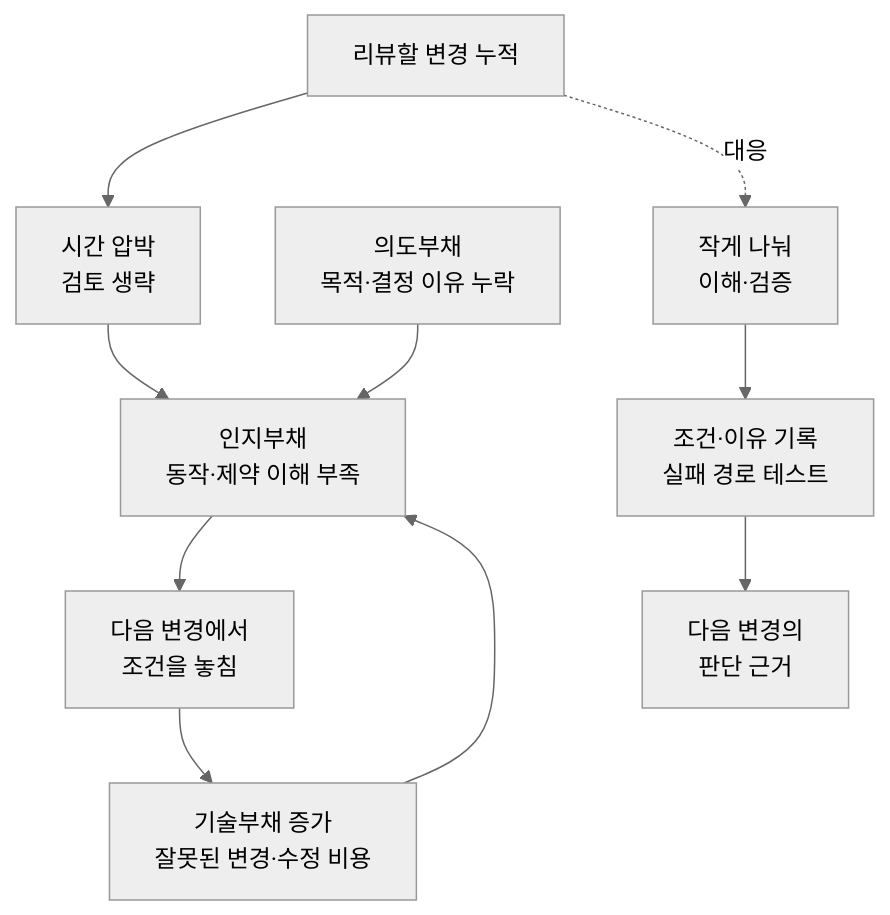
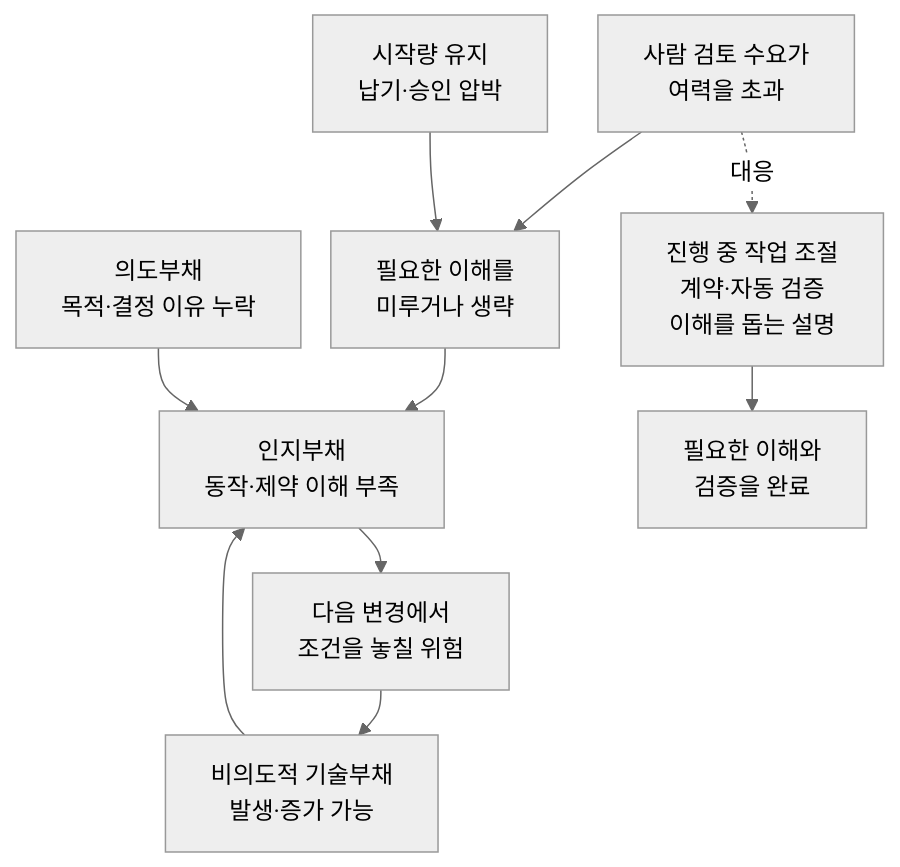
Before and after one commit to haandol/haandol.github.com: the first of 4 diagrams in _posts/2026-08-18-ai-coding-review-cognitive-load.md, drawn with Mermaid (neutral theme). The commit also changed other lines of this file and 3 other files, not shown here.

````diff
--- a/_posts/2026-08-18-ai-coding-review-cognitive-load.md
+++ b/_posts/2026-08-18-ai-coding-review-cognitive-load.md
@@ -156,12 +174,13 @@
 ```mermaid
+%%{init: {"flowchart": {"nodeSpacing": 20, "rankSpacing": 30}}}%%
 flowchart TD
-    A["리뷰할 변경 누적"] --> B["시간 압박<br/>검토 생략"]
+    A["사람 검토 수요가<br/>여력을 초과"] --> B["필요한 이해를<br/>미루거나 생략"]
+    P["시작량 유지<br/>납기·승인 압박"] --> B
     B --> C["인지부채<br/>동작·제약 이해 부족"]
     D["의도부채<br/>목적·결정 이유 누락"] --> C
-    C --> E["다음 변경에서<br/>조건을 놓침"]
-    E --> F["기술부채 증가<br/>잘못된 변경·수정 비용"]
+    C --> E["다음 변경에서<br/>조건을 놓칠 위험"]
+    E --> F["비의도적 기술부채<br/>발생·증가 가능"]
     F --> C
-    A -. "대응" .-> G["작게 나눠<br/>이해·검증"]
-    G --> H["조건·이유 기록<br/>실패 경로 테스트"]
-    H --> I["다음 변경의<br/>판단 근거"]
+    A -. "대응" .-> G["진행 중 작업 조절<br/>계약·자동 검증<br/>이해를 돕는 설명"]
+    G --> H["필요한 이해와<br/>검증을 완료"]
 ```
````
